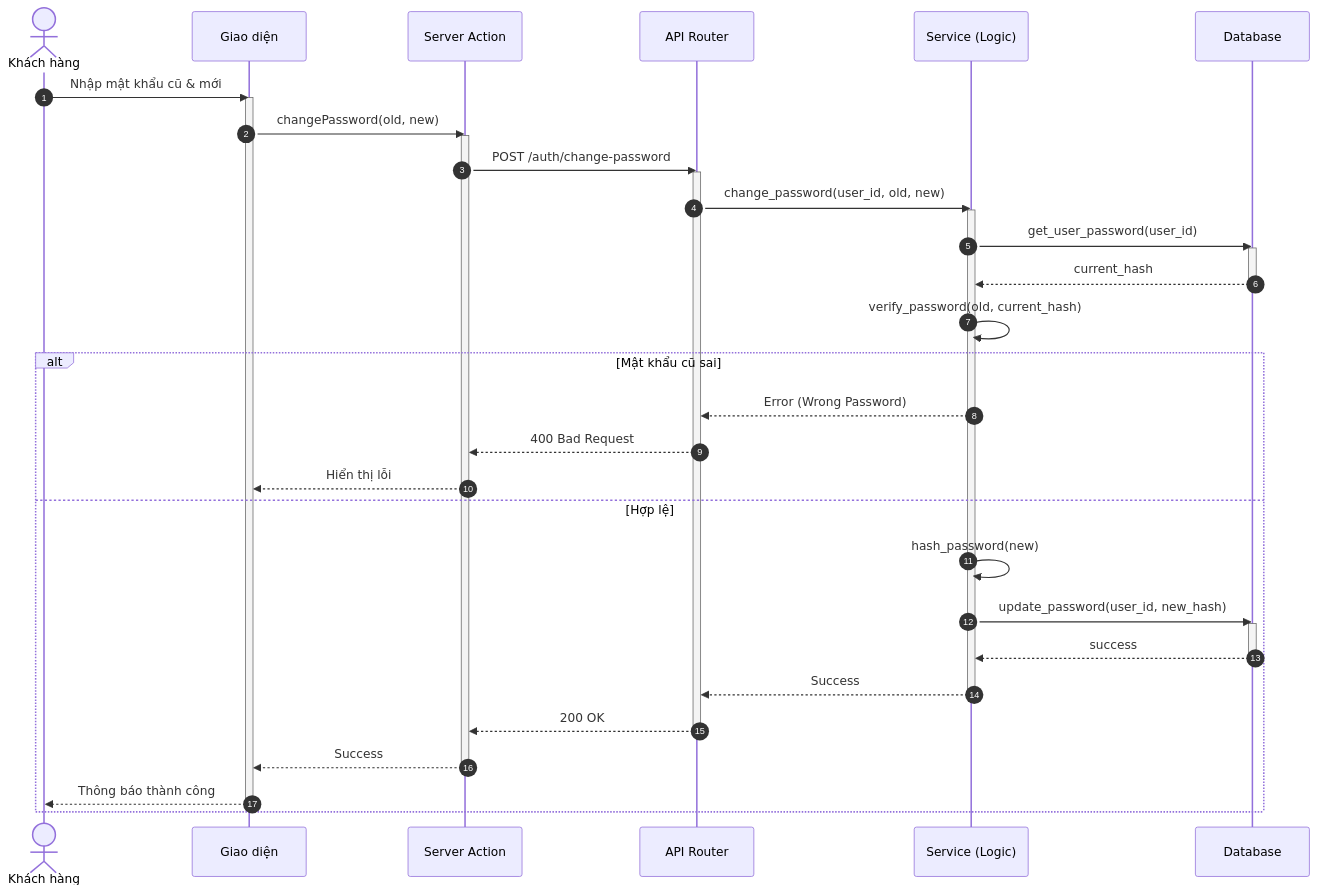
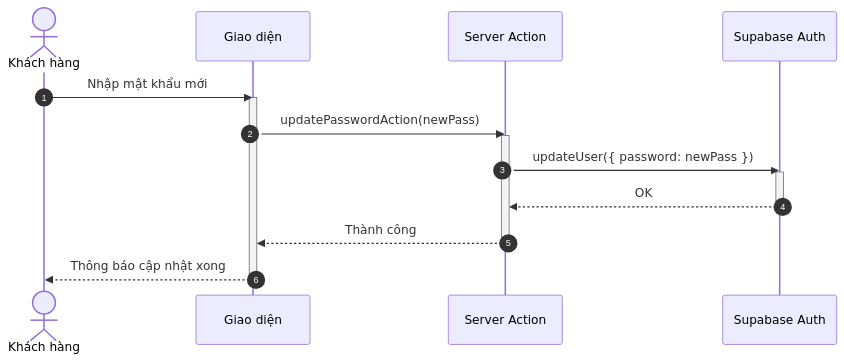
Before and after one commit to ngoctinn/Synapse: the sixth of 8 diagrams in docs/design/sequences/authentication.md, drawn with Mermaid. The commit also changed other lines of this file and 4 other files, not shown here.

Commit message:
docs: Add initial sequence diagrams for authentication, admin, customer, receptionist, and technician flows.

````diff
--- a/docs/design/sequences/authentication.md
+++ b/docs/design/sequences/authentication.md
@@ -277,48 +169,24 @@
 ```mermaid
 sequenceDiagram
     autonumber
     actor KH as Khách hàng
     participant UI as Giao diện
     participant BFF as Server Action
-    participant API as API Router
-    participant S as Service (Logic)
-    participant DB as Database
+    participant SUPA as Supabase Auth
 
-    KH->>UI: Nhập mật khẩu cũ & mới
+    KH->>UI: Nhập mật khẩu mới
     activate UI
-    UI->>BFF: changePassword(old, new)
+    UI->>BFF: updatePasswordAction(newPass)
     activate BFF
 
-    BFF->>API: POST /auth/change-password
-    activate API
+    BFF->>SUPA: updateUser({ password: newPass })
+    activate SUPA
+    SUPA-->>BFF: OK
+    deactivate SUPA
 
-    API->>S: change_password(user_id, old, new)
-    activate S
+    BFF-->>UI: Thành công
+    deactivate BFF
 
-    S->>DB: get_user_password(user_id)
-    activate DB
-    DB-->>S: current_hash
-    deactivate DB
-
-    S->>S: verify_password(old, current_hash)
-
-    alt Mật khẩu cũ sai
-        S-->>API: Error (Wrong Password)
-        API-->>BFF: 400 Bad Request
-        BFF-->>UI: Hiển thị lỗi
-    else Hợp lệ
-        S->>S: hash_password(new)
-        S->>DB: update_password(user_id, new_hash)
-        activate DB
-        DB-->>S: success
-        deactivate DB
-        S-->>API: Success
-        deactivate S
-        API-->>BFF: 200 OK
-        deactivate API
-        BFF-->>UI: Success
-        deactivate BFF
-        UI-->>KH: Thông báo thành công
-        deactivate UI
-    end
+    UI-->>KH: Thông báo cập nhật xong
+    deactivate UI
 ```
````
